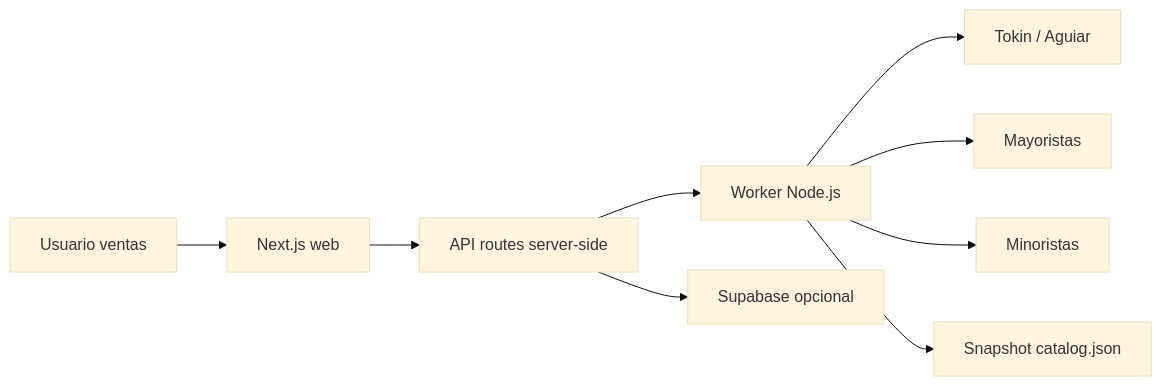
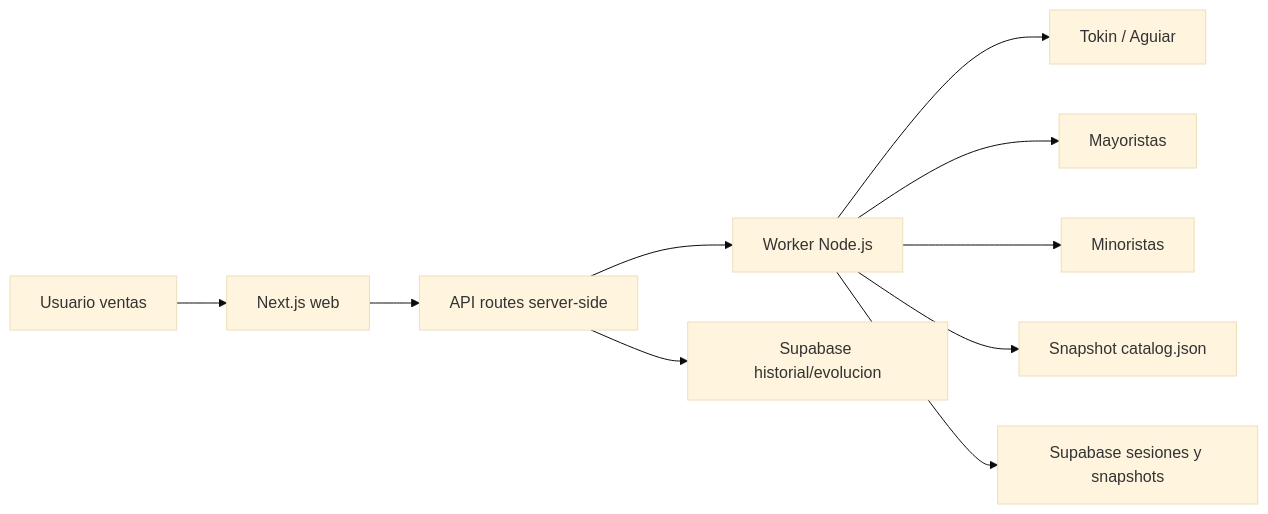
One commit to chicotemaa/preventa changed the diagram in MANUAL.md. Above: the diagram before and after it, drawn with Mermaid (base theme). The commit also changed other lines of this file and 7 other files, not shown here.

Commit message:
Persistir sesiones de fuentes en Supabase

````diff
--- a/MANUAL.md
+++ b/MANUAL.md
@@ -262,11 +265,12 @@
 ```mermaid
 flowchart LR
   Usuario["Usuario ventas"] --> Web["Next.js web"]
   Web --> Api["API routes server-side"]
   Api --> Worker["Worker Node.js"]
   Worker --> Tokin["Tokin / Aguiar"]
   Worker --> Mayoristas["Mayoristas"]
   Worker --> Minoristas["Minoristas"]
   Worker --> Catalogo["Snapshot catalog.json"]
-  Api --> Supabase["Supabase opcional"]
+  Worker --> Supabase["Supabase sesiones y snapshots"]
+  Api --> Supabase2["Supabase historial/evolucion"]
 ```
````
